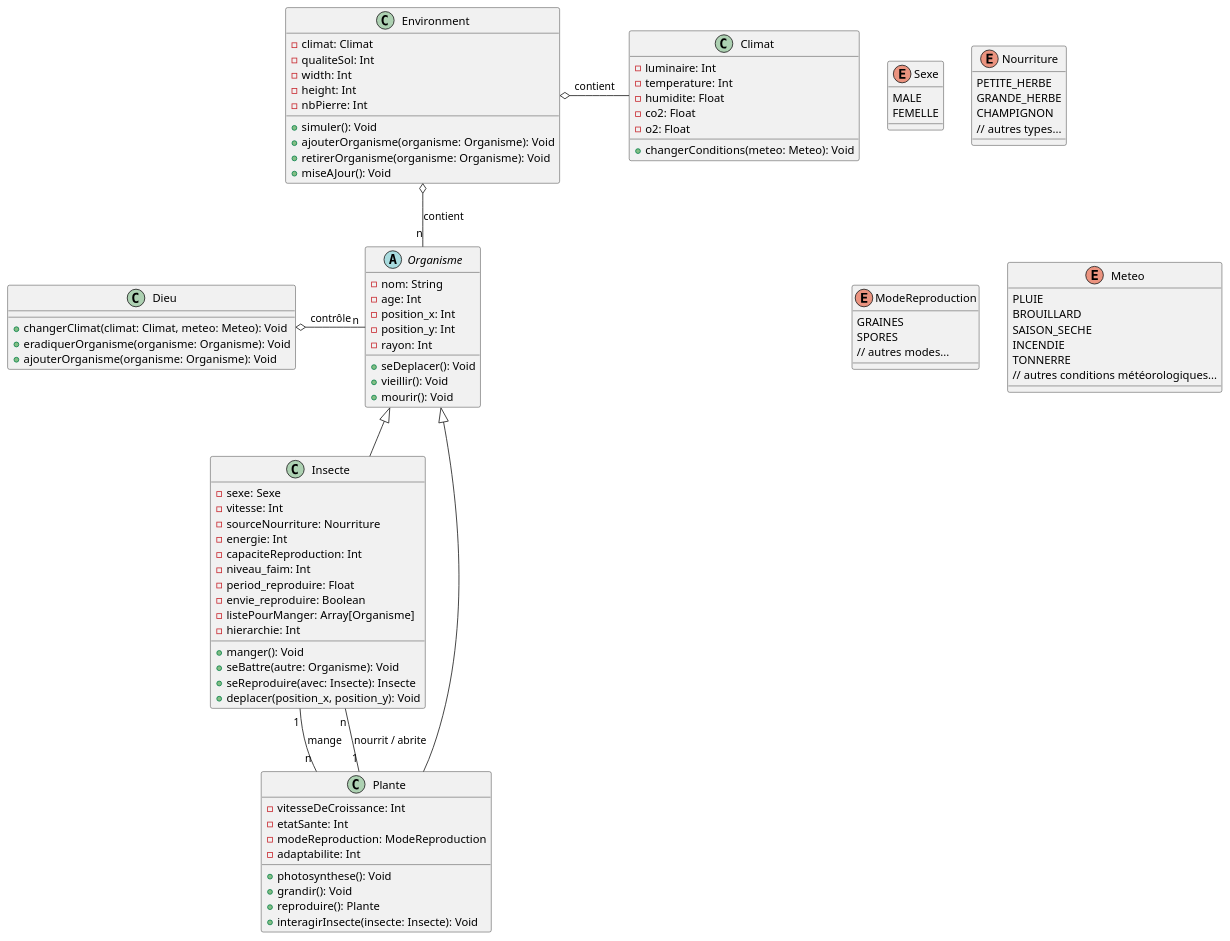
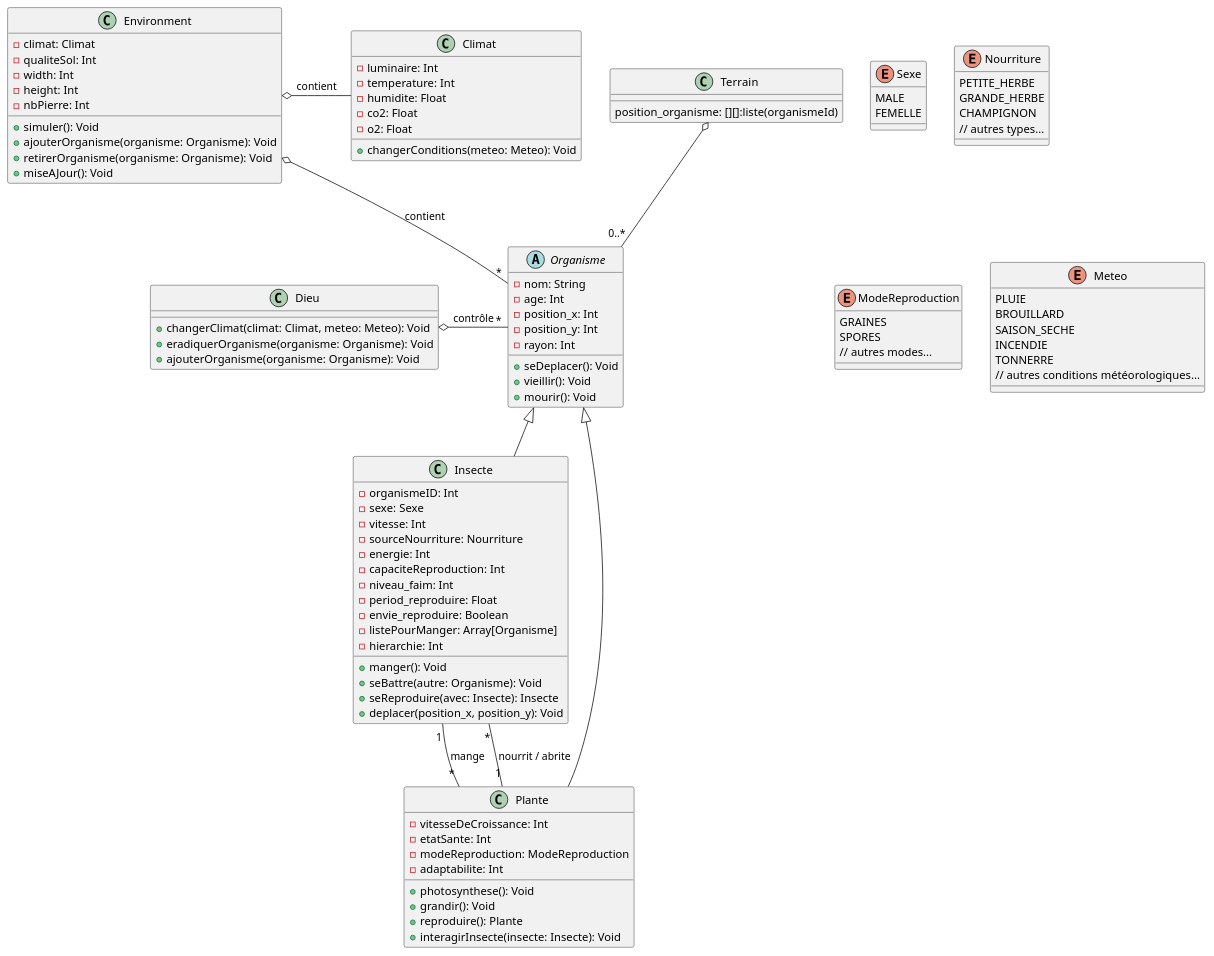
The diagram in vivarium_uml.puml (Sandrineavida/Vivarium_Multi-Agent_Golang), drawn with PlantUML before and after one commit. The commit also changed 1 other file, not shown here.

Commit message:
UML version 1.4 (m-à-j Terrain)

```diff
--- a/vivarium_uml.puml
+++ b/vivarium_uml.puml
@@ -1,102 +1,108 @@
 @startuml
 
 abstract class Organisme {
    - nom: String
    - age: Int
    - position_x: Int
    - position_y: Int
    - rayon: Int
    + seDeplacer(): Void
    + vieillir(): Void
    + mourir(): Void
 }
 
 class Insecte extends Organisme {
+   - organismeID: Int
    - sexe: Sexe
    - vitesse: Int
    - sourceNourriture: Nourriture
    - energie: Int
    - capaciteReproduction: Int
    - niveau_faim: Int
    - period_reproduire: Float
    - envie_reproduire: Boolean
    - listePourManger: Array[Organisme]
    - hierarchie: Int
    + manger(): Void
    + seBattre(autre: Organisme): Void
    + seReproduire(avec: Insecte): Insecte
    + deplacer(position_x, position_y): Void
 }
 
 class Plante extends Organisme {
    - vitesseDeCroissance: Int
    - etatSante: Int
    - modeReproduction: ModeReproduction
    - adaptabilite: Int
    + photosynthese(): Void
    + grandir(): Void
    + reproduire(): Plante
    + interagirInsecte(insecte: Insecte): Void
 }
 
 enum Sexe {
    MALE
    FEMELLE
 }
 
 enum Nourriture {
    PETITE_HERBE
    GRANDE_HERBE
    CHAMPIGNON
    // autres types...
 }
 
 enum ModeReproduction {
    GRAINES
    SPORES
    // autres modes...
 }
 
 class Climat {
    - luminaire: Int
    - temperature: Int
    - humidite: Float
    - co2: Float
    - o2: Float
    + changerConditions(meteo: Meteo): Void
 }
 
 class Dieu {
    + changerClimat(climat: Climat, meteo: Meteo): Void
    + eradiquerOrganisme(organisme: Organisme): Void
    + ajouterOrganisme(organisme: Organisme): Void
 }
 
 class Environment {
    - climat: Climat
    - qualiteSol: Int
    - width: Int
    - height: Int
    - nbPierre: Int
    + simuler(): Void
    + ajouterOrganisme(organisme: Organisme): Void
    + retirerOrganisme(organisme: Organisme): Void
    + miseAJour(): Void
 }
 
 enum Meteo {
    PLUIE
    BROUILLARD
    SAISON_SECHE
    INCENDIE
    TONNERRE
    // autres conditions météorologiques...
 }
 
-Insecte "1" -- "n" Plante : mange
-Plante "1" -- "n" Insecte : nourrit / abrite
-Dieu o- "n" Organisme : contrôle
+class Terrain {
+    position_organisme: [][]:liste(organismeId)
+}
+
+Insecte "1" -- "*" Plante : mange
+Plante "1" -- "*" Insecte : nourrit / abrite
+Dieu o- "*" Organisme : contrôle
 Environment o- Climat : contient
-Environment o-- "n" Organisme : contient
+Environment o-- "*" Organisme : contient
+Terrain o-- "0..*" Organisme
 
 @enduml
```
